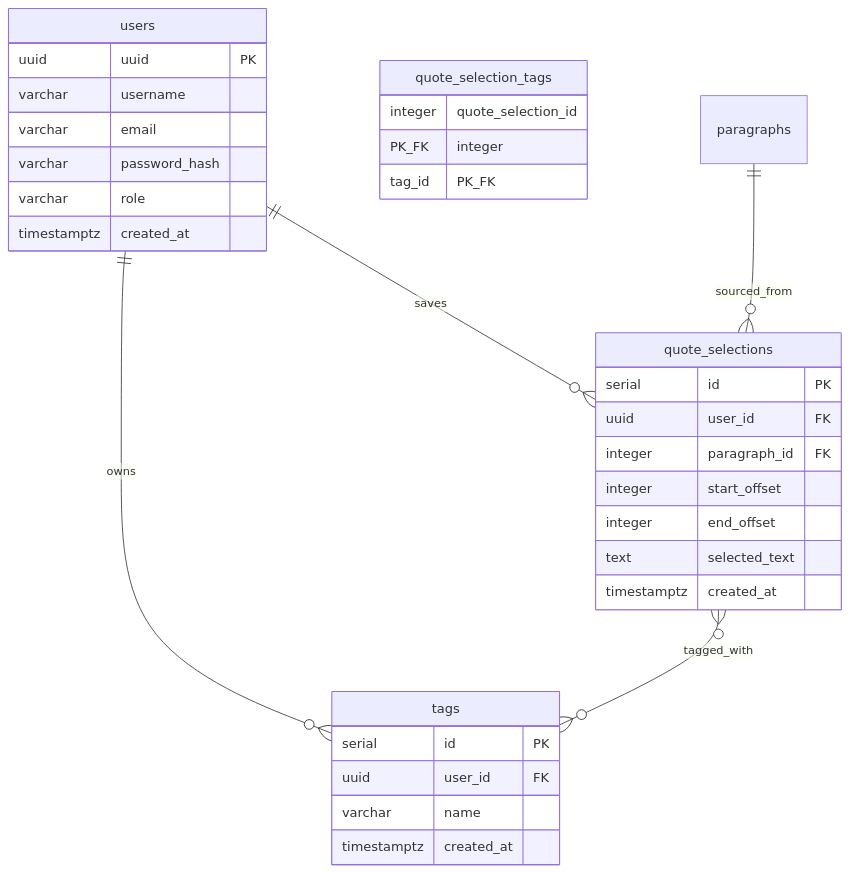
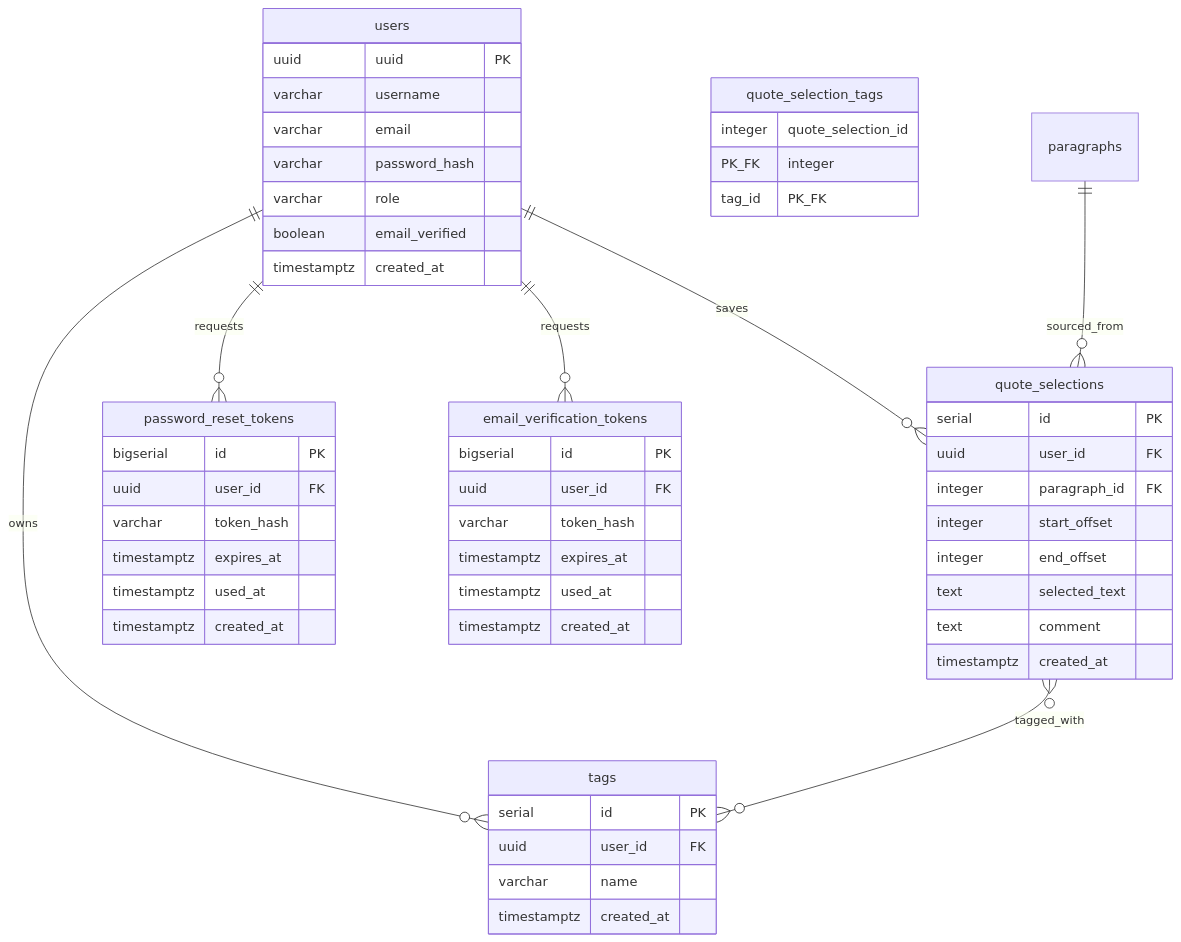
One commit to ChloeDelphis/proust-club changed the second of 2 diagrams in docs/architecture/data-model.md. Above: the diagram before and after it, drawn with Mermaid. The commit also changed other lines of this file and 7 other files, not shown here.

Commit message:
docs: fix stale ADR references, missing schema, and endpoint-table duplication

````diff
--- a/docs/architecture/data-model.md
+++ b/docs/architecture/data-model.md
@@ -62,38 +66,61 @@
 ```mermaid
 erDiagram
     users {
         uuid    uuid PK
         varchar username
         varchar email
         varchar password_hash
         varchar role
+        boolean email_verified
         timestamptz created_at
     }
 
     quote_selections {
         serial  id PK
         uuid    user_id FK
         integer paragraph_id FK
         integer start_offset
         integer end_offset
         text    selected_text
+        text    comment
         timestamptz created_at
     }
+
+    password_reset_tokens {
+        bigserial id PK
+        uuid      user_id FK
+        varchar   token_hash
+        timestamptz expires_at
+        timestamptz used_at
+        timestamptz created_at
+    }
+
+    email_verification_tokens {
+        bigserial id PK
+        uuid      user_id FK
+        varchar   token_hash
+        timestamptz expires_at
+        timestamptz used_at
+        timestamptz created_at
+    }
+
+    users ||--o{ password_reset_tokens     : requests
+    users ||--o{ email_verification_tokens : requests
 
     tags {
         serial  id PK
         uuid    user_id FK
         varchar name
         timestamptz created_at
     }
 
     quote_selection_tags {
         integer quote_selection_id PK_FK
         integer tag_id PK_FK
     }
 
     users          ||--o{ quote_selections     : saves
     paragraphs     ||--o{ quote_selections     : sourced_from
     users          ||--o{ tags                 : owns
     quote_selections }o--o{ tags               : tagged_with
 ```
````
